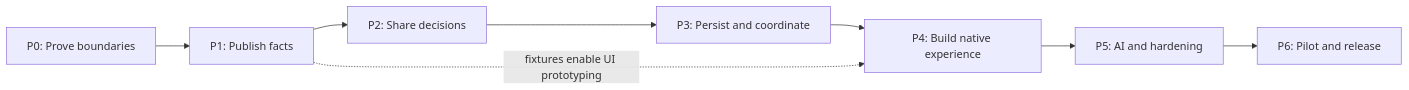
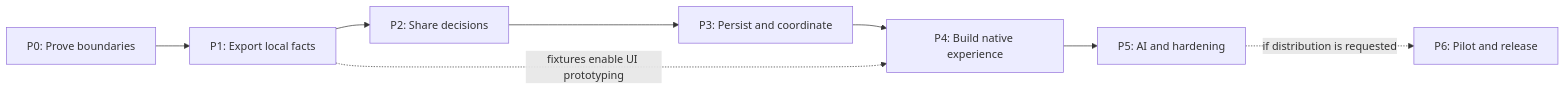
The diagram in docs/companion/implementation-plan.md (caparomula/soccer-outlook), drawn with Mermaid before and after one commit. The commit also changed other lines of this file and 6 other files, not shown here.

Commit message:
Scope companion roadmap to personal development

````diff
--- a/docs/companion/implementation-plan.md
+++ b/docs/companion/implementation-plan.md
@@ -13,10 +15,10 @@
 ```mermaid
 flowchart LR
-    P0["P0: Prove boundaries"] --> P1["P1: Publish facts"]
+    P0["P0: Prove boundaries"] --> P1["P1: Export local facts"]
     P1 --> P2["P2: Share decisions"]
     P2 --> P3["P3: Persist and coordinate"]
     P3 --> P4["P4: Build native experience"]
     P4 --> P5["P5: AI and hardening"]
-    P5 --> P6["P6: Pilot and release"]
+    P5 -. if distribution is requested .-> P6["P6: Pilot and release"]
     P1 -. fixtures enable UI prototyping .-> P4
 ```
````
